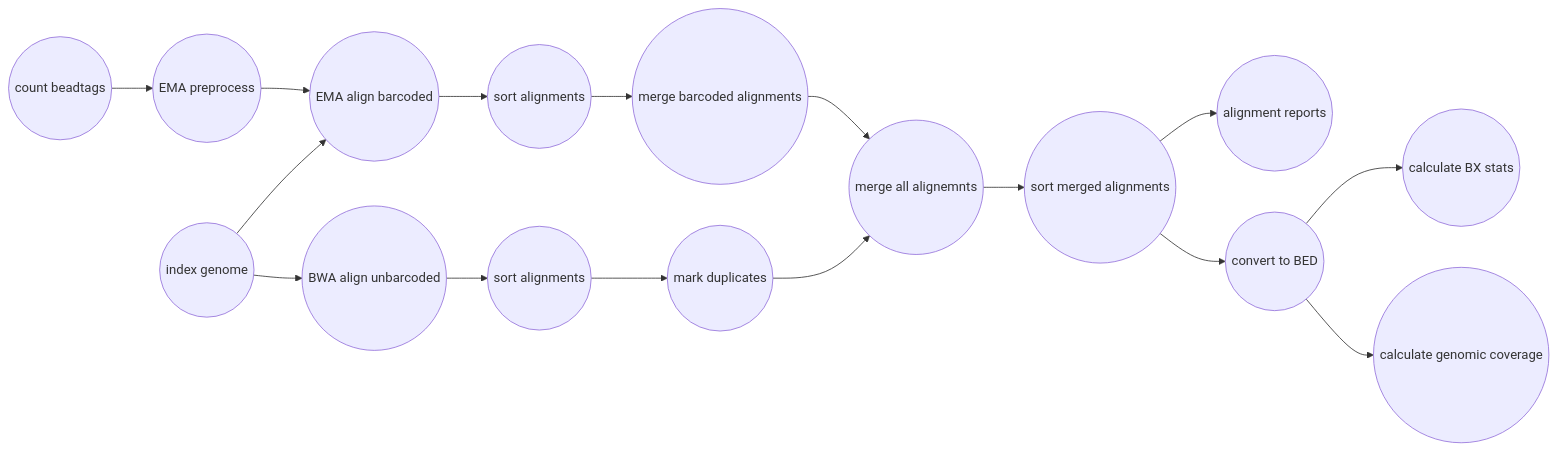
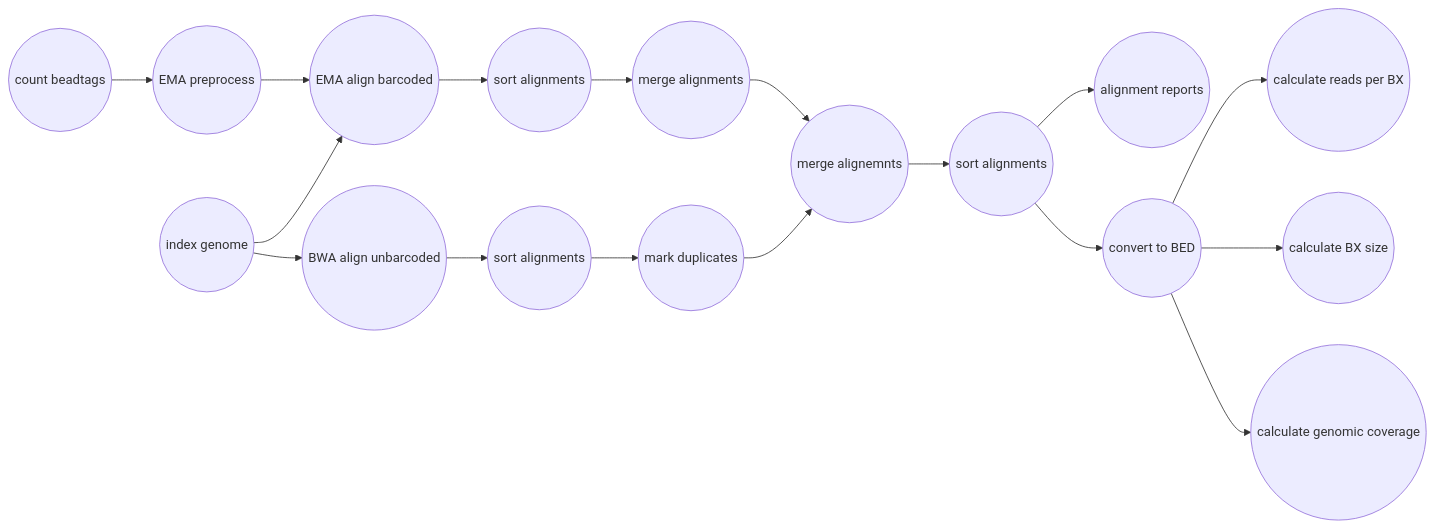
One commit to pdimens/harpy changed the first of 2 diagrams in docs/readmapping.md. Above: the diagram before and after it, drawn with Mermaid.

````diff
--- a/docs/readmapping.md
+++ b/docs/readmapping.md
@@ -38,18 +38,19 @@
 ```mermaid
 graph LR
     A((count beadtags)) --> B((EMA preprocess))
     B-->C((EMA align barcoded))
     C-->D((sort alignments))
-    D-->E((merge barcoded alignments))
-    E-->F((merge all alignemnts))
+    D-->E((merge alignments))
+    E-->F((merge alignemnts))
     IDX((index genome))-->C
     IDX-->Z((BWA align unbarcoded))
     Z-->Y((sort alignments))
     Y-->X((mark duplicates))
     X-->F
-    F-->K((sort merged alignments))
+    F-->K((sort alignments))
     K-->J((alignment reports))
     K-->G((convert to BED))
-    G-->H((calculate BX stats))
+    G-->H((calculate reads per BX))
+    G-->L((calculate BX size))
     G-->I((calculate genomic coverage))
 ```
````
